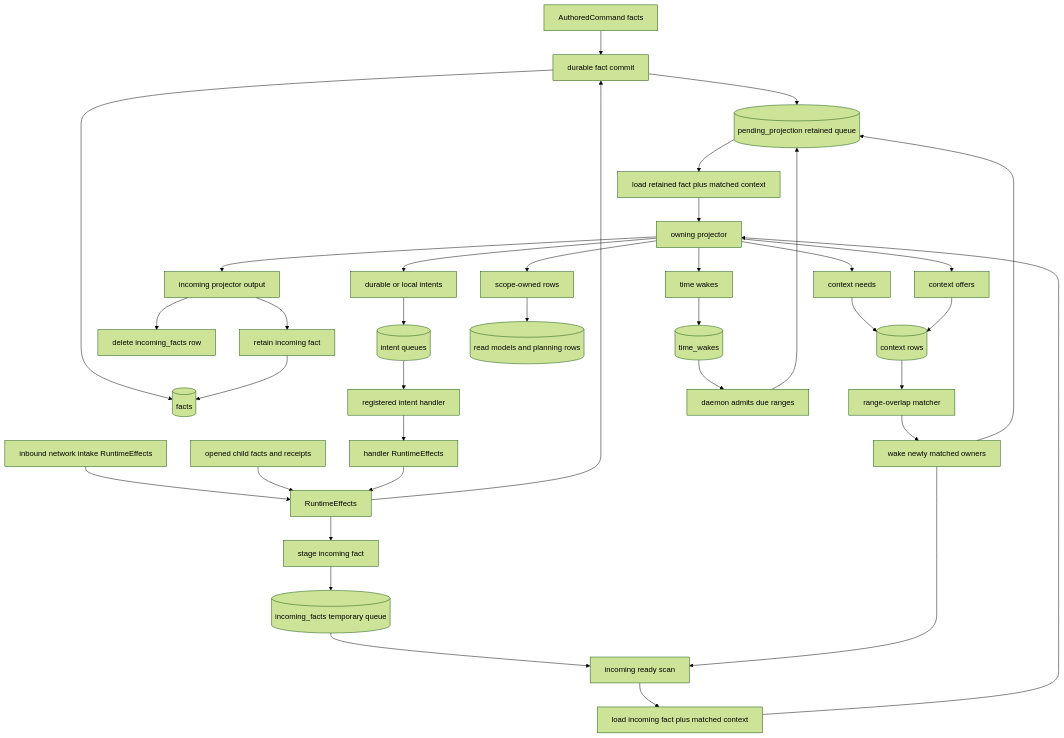
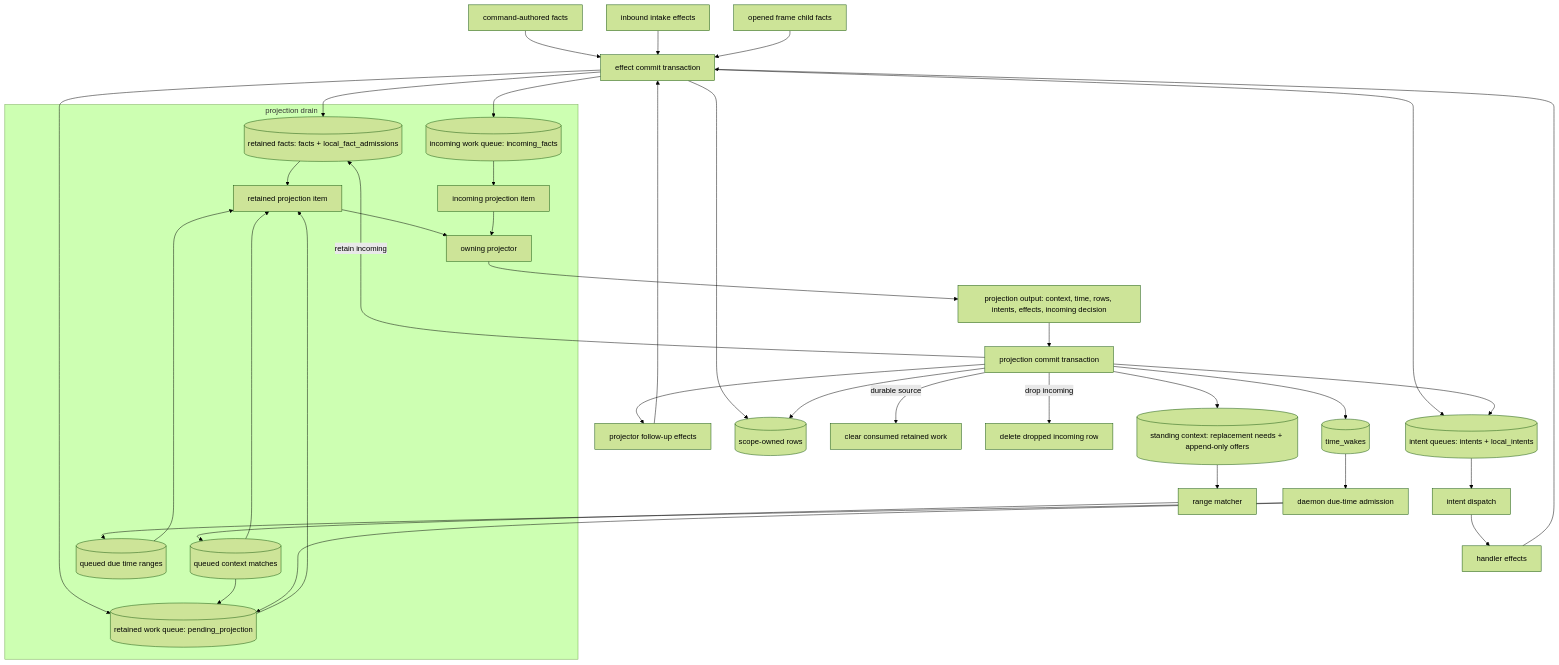
The second of 5 diagrams in ARCHITECTURE_DIAGRAMS.md (holmesworcester/poc-10), drawn with Mermaid (forest theme) before and after one commit. The commit also changed other lines of this file and 1 other file, not shown here.

Commit message:
Rework fact lifecycle diagram

````diff
--- a/ARCHITECTURE_DIAGRAMS.md
+++ b/ARCHITECTURE_DIAGRAMS.md
@@ -84,45 +92,48 @@
 ```mermaid
 %%{init: {"flowchart": {"wrappingWidth": 320}} }%%
 flowchart TD
-    CMD["AuthoredCommand facts"] --> DURABLE_IN["durable fact commit"]
-    INTAKE["inbound network intake RuntimeEffects"] --> EFFECTS["RuntimeEffects"]
-    OPENED["opened child facts and receipts"] --> EFFECTS
-    HANDLER_OUT["handler RuntimeEffects"] --> EFFECTS
+    CMD["command-authored facts"] --> EFFECT_COMMIT["effect commit transaction"]
+    INTAKE["inbound intake effects"] --> EFFECT_COMMIT
+    HANDLER_OUT["handler effects"] --> EFFECT_COMMIT
+    PROJECTOR_EFFECTS["projector follow-up effects"] --> EFFECT_COMMIT
+    OPENED["opened frame child facts"] --> EFFECT_COMMIT
 
-    EFFECTS --> DURABLE_IN
-    EFFECTS --> INCOMING_STAGE["stage incoming fact"]
-    DURABLE_IN --> FACTS[("facts")]
-    DURABLE_IN --> PENDING[("pending_projection retained queue")]
-    INCOMING_STAGE --> INCOMING[("incoming_facts temporary queue")]
+    EFFECT_COMMIT --> RETAINED[("retained facts: facts + local_fact_admissions")]
+    EFFECT_COMMIT --> PENDING[("retained work queue: pending_projection")]
+    EFFECT_COMMIT --> INCOMING[("incoming work queue: incoming_facts")]
+    EFFECT_COMMIT --> ROWS[("scope-owned rows")]
+    EFFECT_COMMIT --> INTENTS[("intent queues: intents + local_intents")]
 
-    PENDING --> LOAD["load retained fact plus matched context"]
-    INCOMING --> INCOMING_READY["incoming ready scan"]
-    INCOMING_READY --> LOAD_INCOMING["load incoming fact plus matched context"]
-    LOAD_INCOMING --> PROJECTOR
-    LOAD --> PROJECTOR["owning projector"]
-    PROJECTOR --> NEEDS["context needs"]
-    PROJECTOR --> OFFERS["context offers"]
-    PROJECTOR --> ROWS["scope-owned rows"]
-    PROJECTOR --> INTENTS["durable or local intents"]
-    PROJECTOR --> TIME["time wakes"]
-    PROJECTOR --> INCOMING_DECISION["incoming projector output"]
-    INCOMING_DECISION --> RETAIN["retain incoming fact"]
-    INCOMING_DECISION --> DROP["delete incoming_facts row"]
+    subgraph DRAIN["projection drain"]
+      RETAINED --> RETAINED_ITEM["retained projection item"]
+      PENDING --> RETAINED_ITEM
+      MATCHES[("queued context matches")] --> RETAINED_ITEM
+      DUE_RANGES[("queued due time ranges")] --> RETAINED_ITEM
+      INCOMING --> INCOMING_ITEM["incoming projection item"]
+      RETAINED_ITEM --> PROJECTOR["owning projector"]
+      INCOMING_ITEM --> PROJECTOR
+    end
 
-    NEEDS --> CONTEXT[("context rows")]
-    OFFERS --> CONTEXT
-    CONTEXT --> MATCH["range-overlap matcher"]
-    MATCH --> WAKE["wake newly matched owners"]
-    WAKE --> PENDING
-    WAKE --> INCOMING_READY
+    PROJECTOR --> OUTPUT["projection output: context, time, rows, intents, effects, incoming decision"]
+    OUTPUT --> PROJECTION_COMMIT["projection commit transaction"]
 
-    INTENTS --> QUEUES[("intent queues")]
-    QUEUES --> HANDLER["registered intent handler"]
+    PROJECTION_COMMIT -->|durable source| CONSUMED["clear consumed retained work"]
+    PROJECTION_COMMIT -->|retain incoming| RETAINED
+    PROJECTION_COMMIT -->|drop incoming| DROP_INCOMING["delete dropped incoming row"]
+    PROJECTION_COMMIT --> CONTEXT[("standing context: replacement needs + append-only offers")]
+    PROJECTION_COMMIT --> TIME_ROWS[("time_wakes")]
+    PROJECTION_COMMIT --> ROWS
+    PROJECTION_COMMIT --> INTENTS
+    PROJECTION_COMMIT --> PROJECTOR_EFFECTS
+
+    CONTEXT --> MATCHER["range matcher"]
+    MATCHER --> MATCHES
+    MATCHES --> PENDING
+
+    TIME_ROWS --> DUE["daemon due-time admission"]
+    DUE --> DUE_RANGES
+    DUE --> PENDING
+
+    INTENTS --> HANDLER["intent dispatch"]
     HANDLER --> HANDLER_OUT
-
-    ROWS --> STORE[("read models and planning rows")]
-    RETAIN --> FACTS
-    TIME --> TIME_ROWS[("time_wakes")]
-    TIME_ROWS --> DUE["daemon admits due ranges"]
-    DUE --> PENDING
 ```
````
